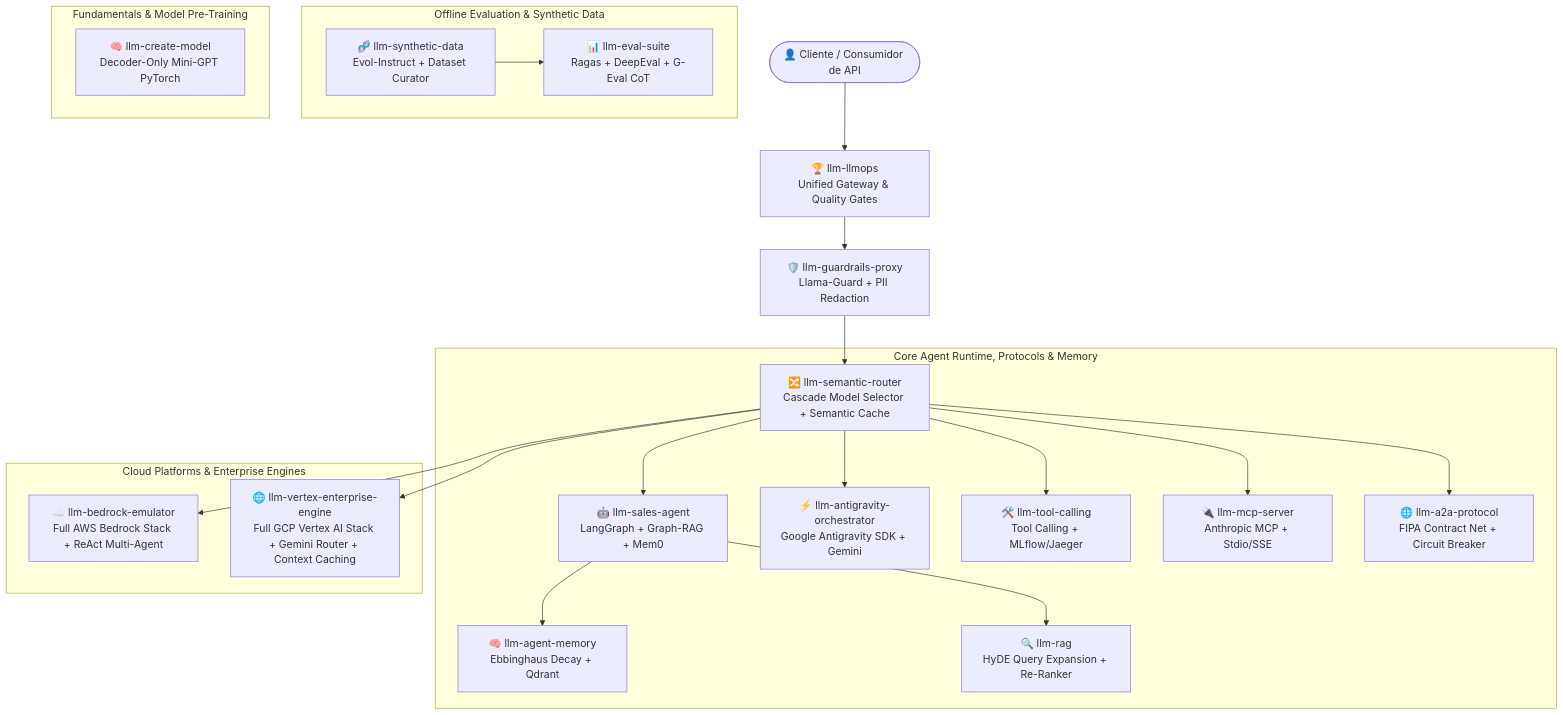
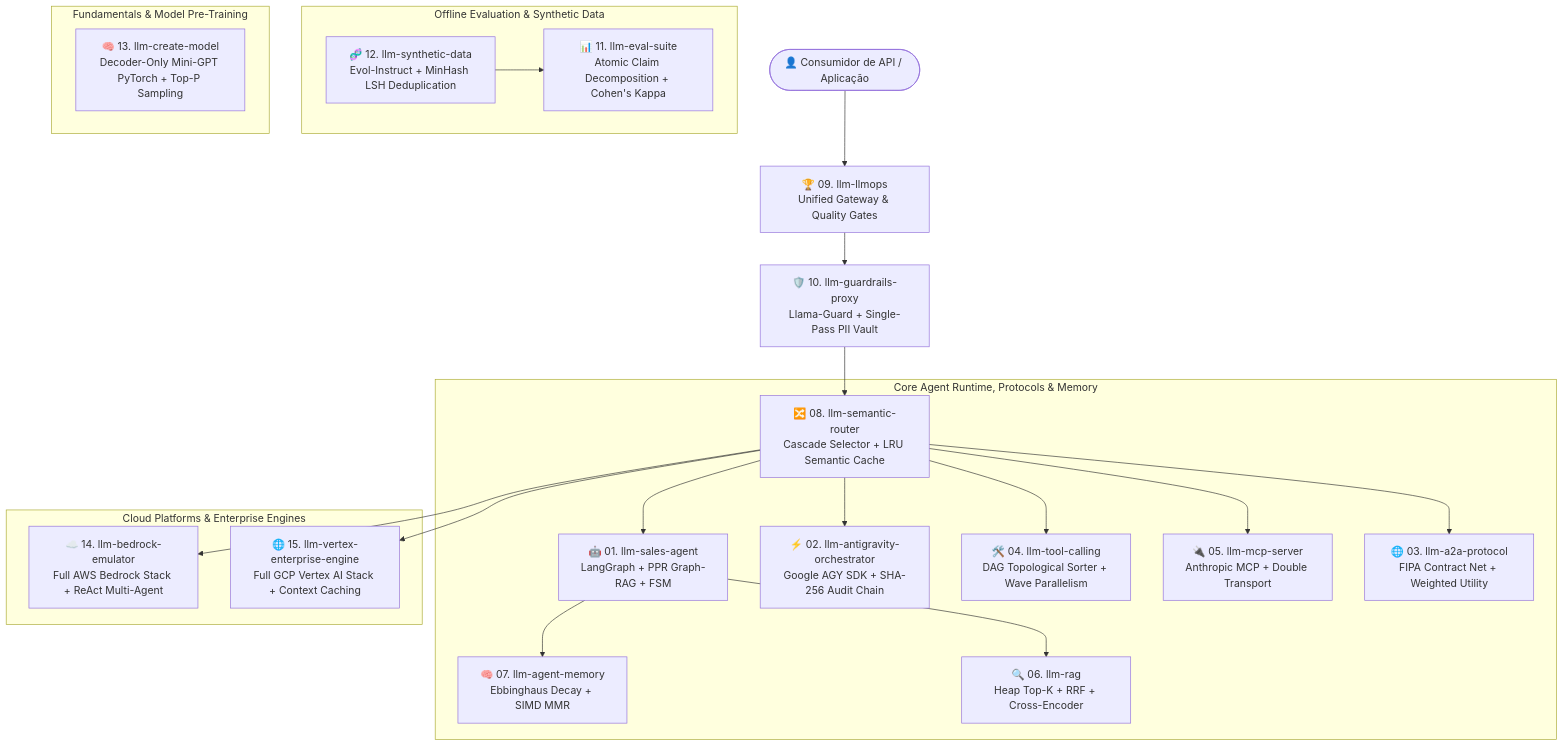
Before and after one commit to cayoesn/cayoesn: the diagram in README.md, drawn with Mermaid. The commit also changed other lines of this file, not shown here.

````diff
--- a/README.md
+++ b/README.md
@@ -31,30 +55,30 @@
 ```mermaid
 graph TD
-    Client([👤 Cliente / Consumidor de API]) --> LLMOpsGateway[🏆 llm-llmops<br/>Unified Gateway & Quality Gates]
-    LLMOpsGateway --> Guardrails[🛡️ llm-guardrails-proxy<br/>Llama-Guard + PII Redaction]
-    Guardrails --> Router[🔀 llm-semantic-router<br/>Cascade Model Selector + Semantic Cache]
+    Client([👤 Consumidor de API / Aplicação]) --> LLMOpsGateway[🏆 09. llm-llmops<br/>Unified Gateway & Quality Gates]
+    LLMOpsGateway --> Guardrails[🛡️ 10. llm-guardrails-proxy<br/>Llama-Guard + Single-Pass PII Vault]
+    Guardrails --> Router[🔀 08. llm-semantic-router<br/>Cascade Selector + LRU Semantic Cache]
     
     subgraph "Core Agent Runtime, Protocols & Memory"
-        Router --> SalesAgent[🤖 llm-sales-agent<br/>LangGraph + Graph-RAG + Mem0]
-        Router --> Orchestrator[⚡ llm-antigravity-orchestrator<br/>Google Antigravity SDK + Gemini]
-        Router --> ToolCalling[🛠️ llm-tool-calling<br/>Tool Calling + MLflow/Jaeger]
-        Router --> MCPServer[🔌 llm-mcp-server<br/>Anthropic MCP + Stdio/SSE]
-        Router --> A2A[🌐 llm-a2a-protocol<br/>FIPA Contract Net + Circuit Breaker]
+        Router --> SalesAgent[🤖 01. llm-sales-agent<br/>LangGraph + PPR Graph-RAG + FSM]
+        Router --> Orchestrator[⚡ 02. llm-antigravity-orchestrator<br/>Google AGY SDK + SHA-256 Audit Chain]
+        Router --> ToolCalling[🛠️ 04. llm-tool-calling<br/>DAG Topological Sorter + Wave Parallelism]
+        Router --> MCPServer[🔌 05. llm-mcp-server<br/>Anthropic MCP + Double Transport]
+        Router --> A2A[🌐 03. llm-a2a-protocol<br/>FIPA Contract Net + Weighted Utility]
         
-        SalesAgent --> Memory[🧠 llm-agent-memory<br/>Ebbinghaus Decay + Qdrant]
-        SalesAgent --> RAG[🔍 llm-rag<br/>HyDE Query Expansion + Re-Ranker]
+        SalesAgent --> Memory[🧠 07. llm-agent-memory<br/>Ebbinghaus Decay + SIMD MMR]
+        SalesAgent --> RAG[🔍 06. llm-rag<br/>Heap Top-K + RRF + Cross-Encoder]
     end
 
     subgraph "Cloud Platforms & Enterprise Engines"
-        Router --> BedrockEmulator[☁️ llm-bedrock-emulator<br/>Full AWS Bedrock Stack + ReAct Multi-Agent]
-        Router --> VertexEngine[🌐 llm-vertex-enterprise-engine<br/>Full GCP Vertex AI Stack + Gemini Router + Context Caching]
+        Router --> BedrockEmulator[☁️ 14. llm-bedrock-emulator<br/>Full AWS Bedrock Stack + ReAct Multi-Agent]
+        Router --> VertexEngine[🌐 15. llm-vertex-enterprise-engine<br/>Full GCP Vertex AI Stack + Context Caching]
     end
 
     subgraph "Offline Evaluation & Synthetic Data"
-        Synthetic[🧬 llm-synthetic-data<br/>Evol-Instruct + Dataset Curator] --> Eval[📊 llm-eval-suite<br/>Ragas + DeepEval + G-Eval CoT]
+        Synthetic[🧬 12. llm-synthetic-data<br/>Evol-Instruct + MinHash LSH Deduplication] --> Eval[📊 11. llm-eval-suite<br/>Atomic Claim Decomposition + Cohen's Kappa]
     end
 
     subgraph "Fundamentals & Model Pre-Training"
-        CreateModel[🧠 llm-create-model<br/>Decoder-Only Mini-GPT PyTorch]
+        CreateModel[🧠 13. llm-create-model<br/>Decoder-Only Mini-GPT PyTorch + Top-P Sampling]
     end
 ```
````
